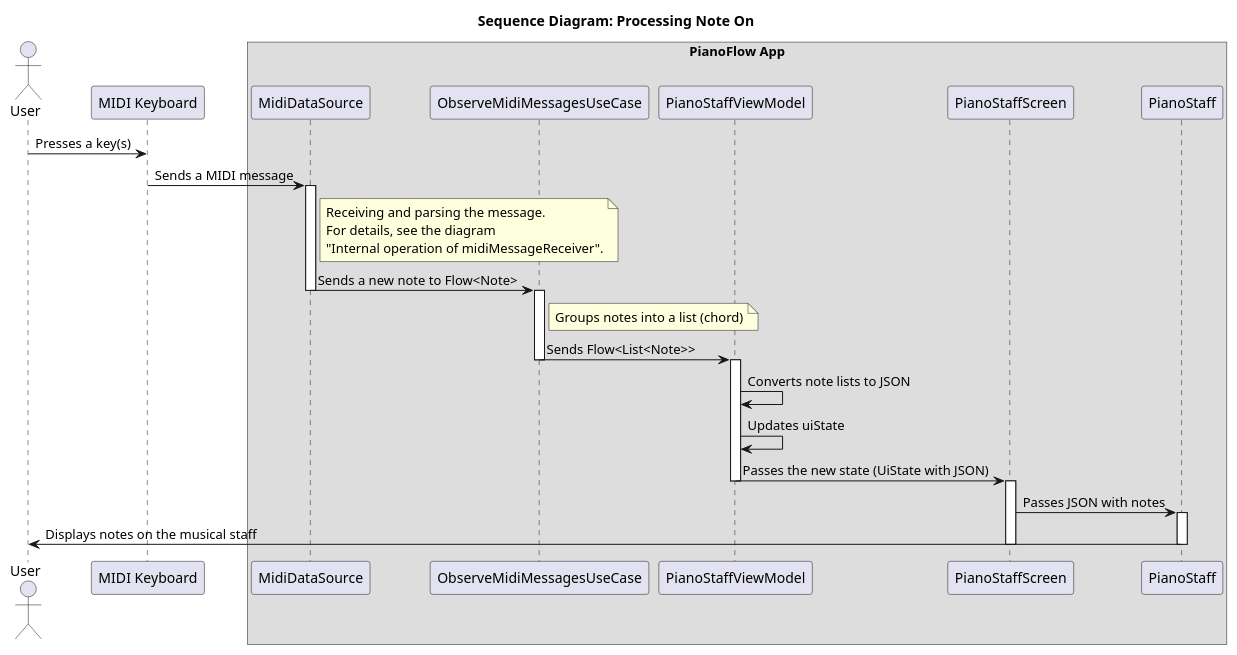
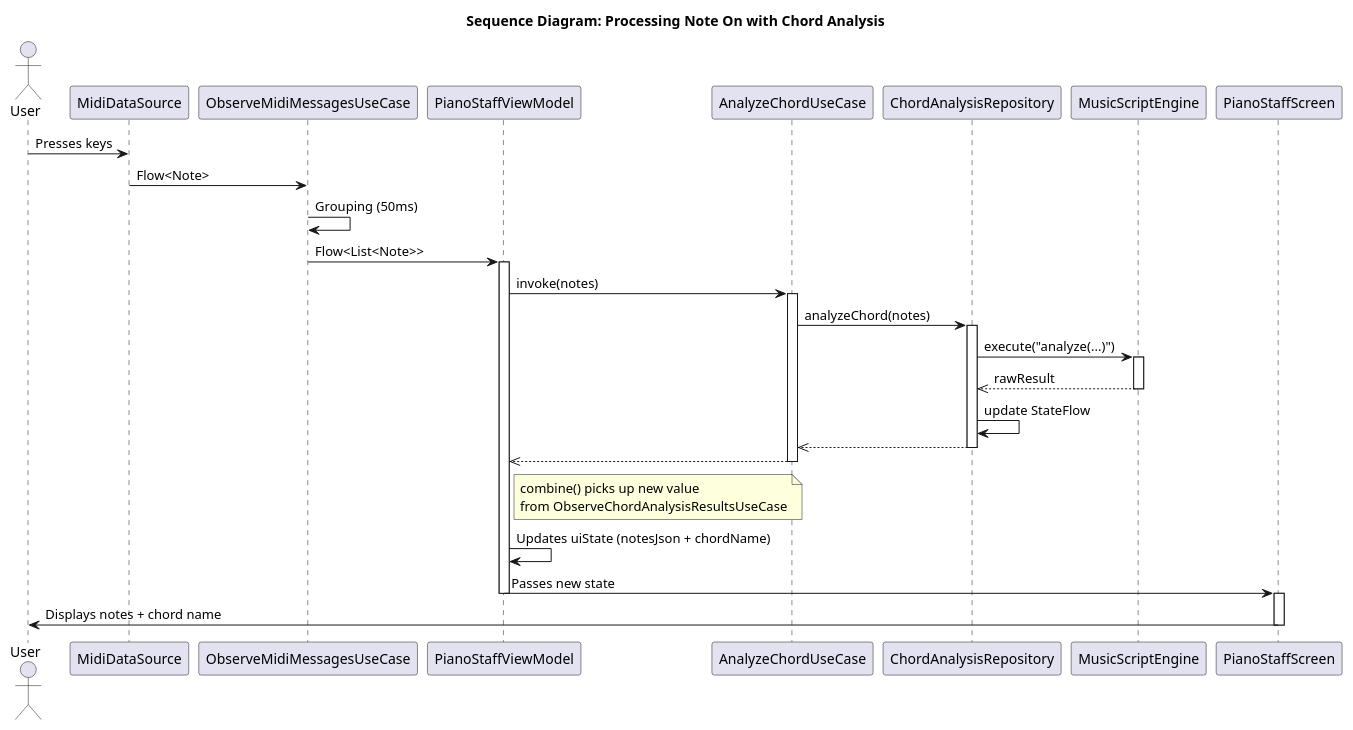
The seventh of 9 diagrams in docs/en/ts/MIDI_MESSAGE_PROCESSING.md (astrizhachuk/PianoFlow), drawn with PlantUML before and after one commit. The commit also changed other lines of this file and 47 other files, not shown here.

````diff
--- a/docs/en/ts/MIDI_MESSAGE_PROCESSING.md
+++ b/docs/en/ts/MIDI_MESSAGE_PROCESSING.md
@@ -292,47 +383,45 @@
 ```plantuml
 @startuml
-title Sequence Diagram: Processing Note On
+title Sequence Diagram: Processing Note On with Chord Analysis
 
 actor User as User
-participant "MIDI Keyboard" as Keyboard
-box "PianoFlow App"
-  participant "MidiDataSource" as DS
-  participant "ObserveMidiMessagesUseCase" as UC
-  participant "PianoStaffViewModel" as VM
-  participant "PianoStaffScreen" as Screen
-  participant "PianoStaff" as Staff
-end box
+participant "MidiDataSource" as DS
+participant "ObserveMidiMessagesUseCase" as UC
+participant "PianoStaffViewModel" as VM
+participant "AnalyzeChordUseCase" as AnalyzeUC
+participant "ChordAnalysisRepository" as Repo
+participant "MusicScriptEngine" as JS
+participant "PianoStaffScreen" as Screen
 
-User -> Keyboard : Presses a key(s)
-Keyboard -> DS : Sends a MIDI message
-activate DS
-
-note right of DS
-  Receiving and parsing the message.
-  For details, see the diagram
-  "Internal operation of midiMessageReceiver".
-end note
-
-DS -> UC : Sends a new note to Flow<Note>
-deactivate DS
-activate UC
-
-note right of UC: Groups notes into a list (chord)
-UC -> VM : Sends Flow<List<Note>>
-deactivate UC
+User -> DS : Presses keys
+DS -> UC : Flow<Note>
+UC -> UC : Grouping (50ms)
+UC -> VM : Flow<List<Note>>
 activate VM
 
-VM -> VM : Converts note lists to JSON
-VM -> VM : Updates uiState
-VM -> Screen : Passes the new state (UiState with JSON)
+VM -> AnalyzeUC : invoke(notes)
+activate AnalyzeUC
+AnalyzeUC -> Repo : analyzeChord(notes)
+activate Repo
+Repo -> JS : execute("analyze(...)")
+activate JS
+JS -->> Repo : rawResult
+deactivate JS
+Repo -> Repo : update StateFlow
+Repo -->> AnalyzeUC
+deactivate Repo
+AnalyzeUC -->> VM
+deactivate AnalyzeUC
+
+note right of VM: combine() picks up new value\nfrom ObserveChordAnalysisResultsUseCase
+
+VM -> VM : Updates uiState (notesJson + chordName)
+VM -> Screen : Passes new state
 deactivate VM
 activate Screen
 
-Screen -> Staff : Passes JSON with notes
-activate Staff
-Staff -> User : Displays notes on the musical staff
-deactivate Staff
+Screen -> User : Displays notes + chord name
 deactivate Screen
 
 @enduml
 ```
````
